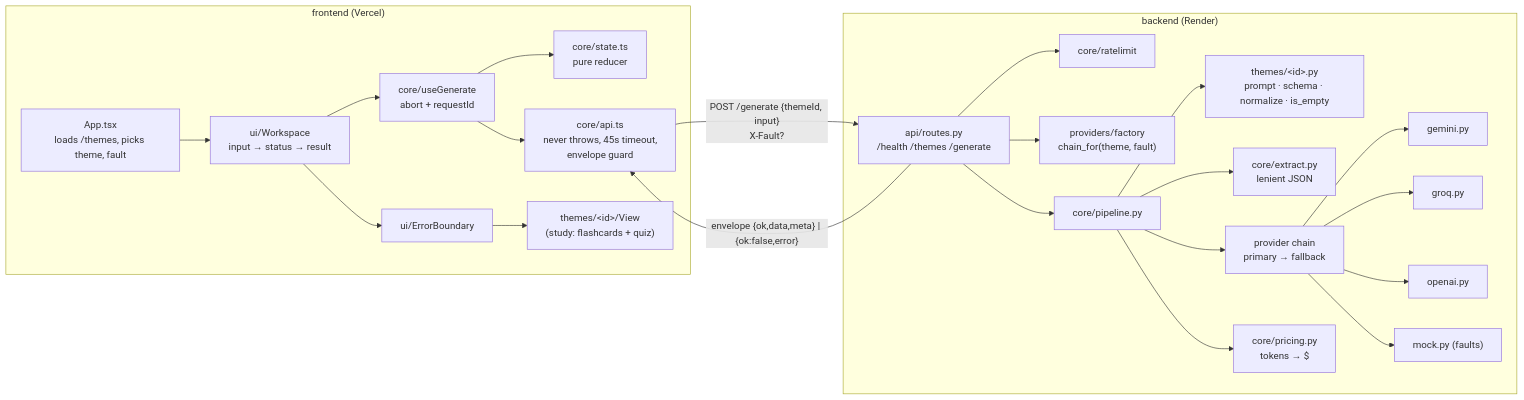
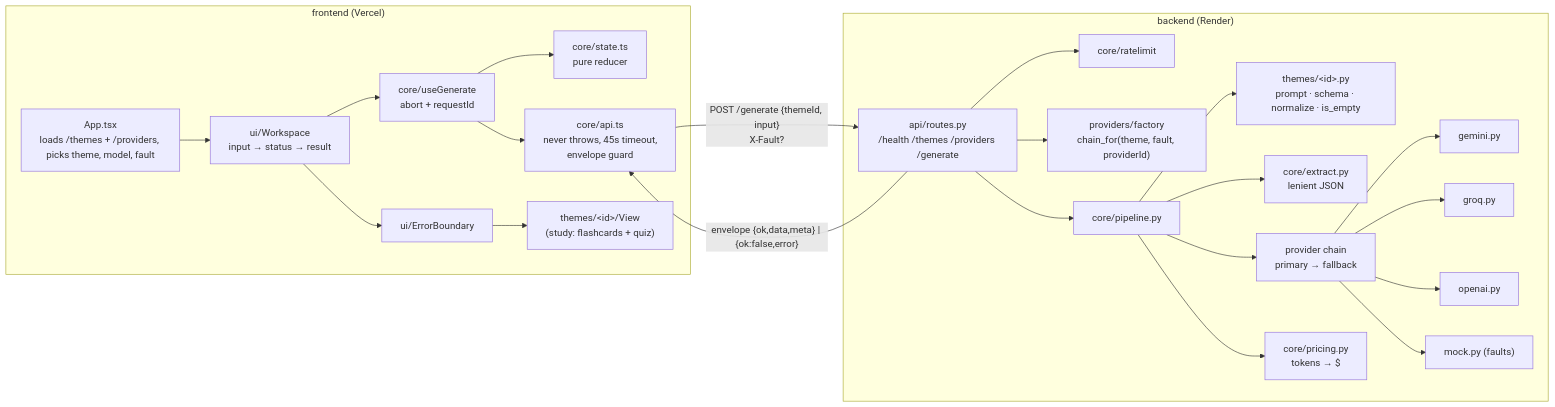
Before and after one commit to mr-raj12/flam-ai-response-asgn: the first of 2 diagrams in README.md, drawn with Mermaid. The commit also changed other lines of this file and 12 other files, not shown here.

Commit message:
Add a Model dropdown that sends providerId from GET /providers; document provider selection

````diff
--- a/README.md
+++ b/README.md
@@ -72,22 +72,22 @@
 ```mermaid
 flowchart LR
   subgraph FE["frontend (Vercel)"]
-    App["App.tsx<br/>loads /themes, picks theme, fault"] --> WS["ui/Workspace<br/>input → status → result"]
+    App["App.tsx<br/>loads /themes + /providers, picks theme, model, fault"] --> WS["ui/Workspace<br/>input → status → result"]
     WS --> Hook["core/useGenerate<br/>abort + requestId"]
     Hook --> Red["core/state.ts<br/>pure reducer"]
     Hook --> API["core/api.ts<br/>never throws, 45s timeout,<br/>envelope guard"]
     WS --> EB["ui/ErrorBoundary"] --> View["themes/&lt;id&gt;/View<br/>(study: flashcards + quiz)"]
   end
   subgraph BE["backend (Render)"]
-    R["api/routes.py<br/>/health /themes /generate"] --> RL["core/ratelimit"]
-    R --> F["providers/factory<br/>chain_for(theme, fault)"]
+    R["api/routes.py<br/>/health /themes /providers /generate"] --> RL["core/ratelimit"]
+    R --> F["providers/factory<br/>chain_for(theme, fault, providerId)"]
     R --> P["core/pipeline.py"]
     P --> T["themes/&lt;id&gt;.py<br/>prompt · schema · normalize · is_empty"]
     P --> X["core/extract.py<br/>lenient JSON"]
     P --> C["provider chain<br/>primary → fallback"]
     C --> G["gemini.py"] & Q["groq.py"] & O["openai.py"] & M["mock.py (faults)"]
     P --> PR["core/pricing.py<br/>tokens → $"]
   end
   API -- "POST /generate {themeId, input}<br/>X-Fault?" --> R
   R -- "envelope {ok,data,meta} | {ok:false,error}" --> API
 ```
````
